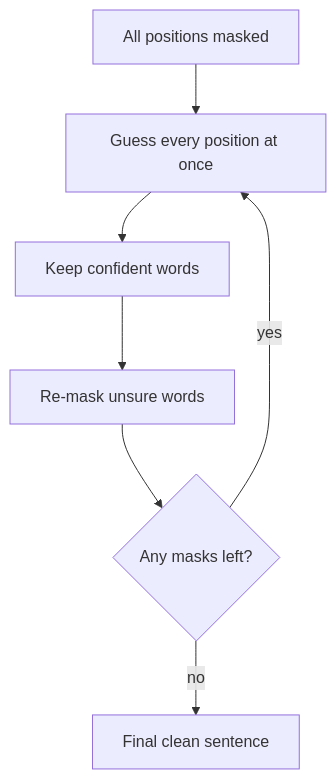
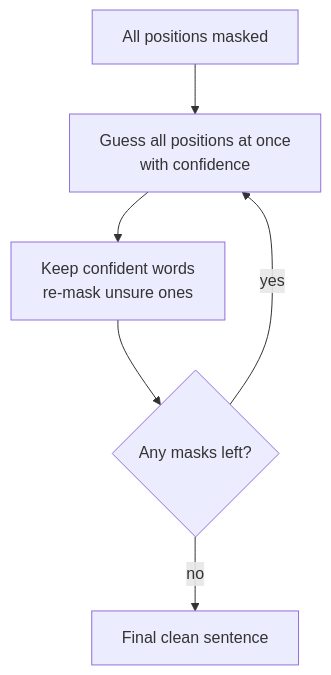
The second of 2 diagrams in notes/step-06-types-of-language-models/080-how-do-diffusion-language-models-dlms-work.md (kaisarnajar/outcome-school-blogs), drawn with Mermaid before and after one commit. The commit also changed other lines of this file and 233 other files, not shown here.

````diff
--- a/notes/step-06-types-of-language-models/080-how-do-diffusion-language-models-dlms-work.md
+++ b/notes/step-06-types-of-language-models/080-how-do-diffusion-language-models-dlms-work.md
@@ -56,9 +74,8 @@
 ```mermaid
 flowchart TD
-    A["All positions masked"] --> B["Guess every position at once"]
-    B --> C["Keep confident words"]
-    C --> D["Re-mask unsure words"]
-    D --> E{"Any masks left?"}
-    E -->|"yes"| B
-    E -->|"no"| F["Final clean sentence"]
+A1["All positions masked"] --> B1["Guess all positions at once<br/>with confidence"]
+B1 --> C1["Keep confident words<br/>re-mask unsure ones"]
+C1 --> D1{"Any masks left?"}
+D1 -->|"yes"| B1
+D1 -->|"no"| E1["Final clean sentence"]
 ```
````
